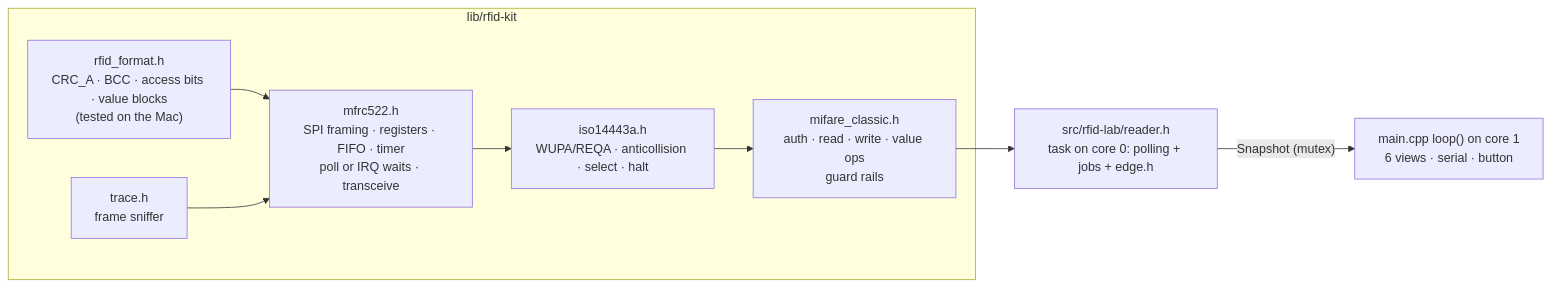
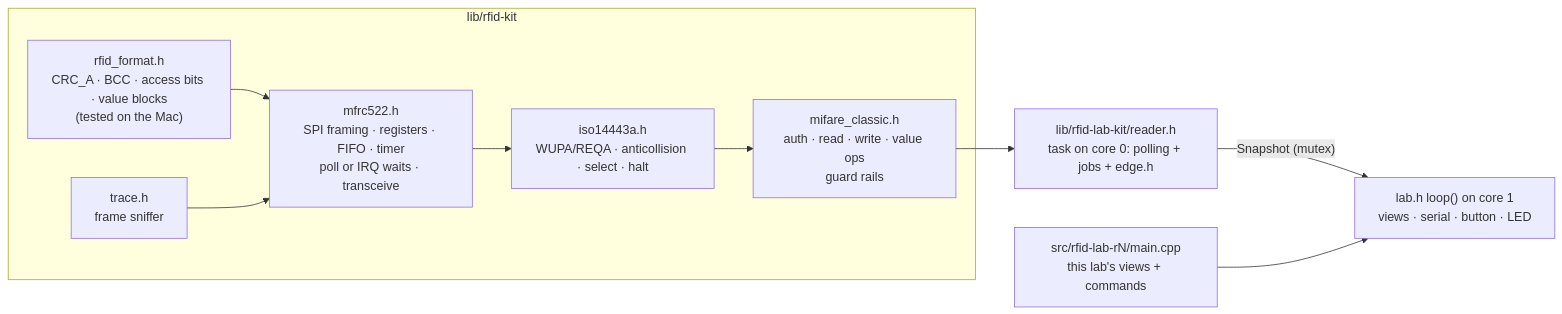
One commit to agharsallah/esp-labs changed the eighth of 8 diagrams in README.md. Above: the diagram before and after it, drawn with Mermaid. The commit also changed other lines of this file and 17 other files, not shown here.

First line of the commit message:
refactor(test-esp): give every RFID lab its own firmware, rfid-lab-r1 to r6

````diff
--- a/README.md
+++ b/README.md
@@ -257,15 +268,16 @@
 ```mermaid
 flowchart LR
   subgraph kit["lib/rfid-kit"]
     F["rfid_format.h<br/>CRC_A · BCC · access bits · value blocks<br/>(tested on the Mac)"]
     M["mfrc522.h<br/>SPI framing · registers · FIFO · timer<br/>poll or IRQ waits · transceive"]
     I["iso14443a.h<br/>WUPA/REQA · anticollision · select · halt"]
     C["mifare_classic.h<br/>auth · read · write · value ops<br/>guard rails"]
     T["trace.h<br/>frame sniffer"]
     M --> I --> C
     F --> M
     T --> M
   end
-  C --> R["src/rfid-lab/reader.h<br/>task on core 0: polling + jobs + edge.h"]
-  R -->|"Snapshot (mutex)"| L["main.cpp loop() on core 1<br/>6 views · serial · button"]
+  C --> R["lib/rfid-lab-kit/reader.h<br/>task on core 0: polling + jobs + edge.h"]
+  R -->|"Snapshot (mutex)"| L["lab.h loop() on core 1<br/>views · serial · button · LED"]
+  M2["src/rfid-lab-rN/main.cpp<br/>this lab's views + commands"] --> L
 ```
````
